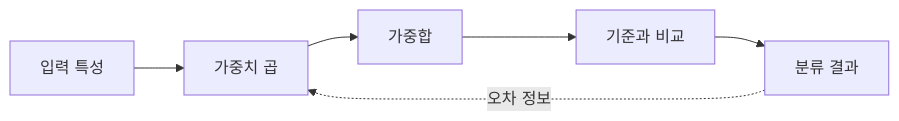
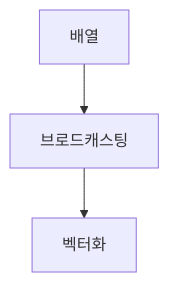
One commit to umyunsang/edu changed the diagram in ComputerScience/03_ai-ml-data/ml-projects/notes/01. 퍼셉트론과 벡터화.md. Above: the diagram before and after it, drawn with Mermaid. The commit also changed other lines of this file and 3 other files, not shown here.

````diff
--- a/ComputerScience/03_ai-ml-data/ml-projects/notes/01. 퍼셉트론과 벡터화.md
+++ b/ComputerScience/03_ai-ml-data/ml-projects/notes/01. 퍼셉트론과 벡터화.md
@@ -34,8 +19,5 @@
 ```mermaid
-flowchart LR
-    A[입력 특성] --> B[가중치 곱]
-    B --> C[가중합]
-    C --> D[기준과 비교]
-    D --> E[분류 결과]
-    E -.오차 정보.-> B
+flowchart TB
+    A[배열] --> B[브로드캐스팅]
+    B --> C[벡터화]
 ```
````
